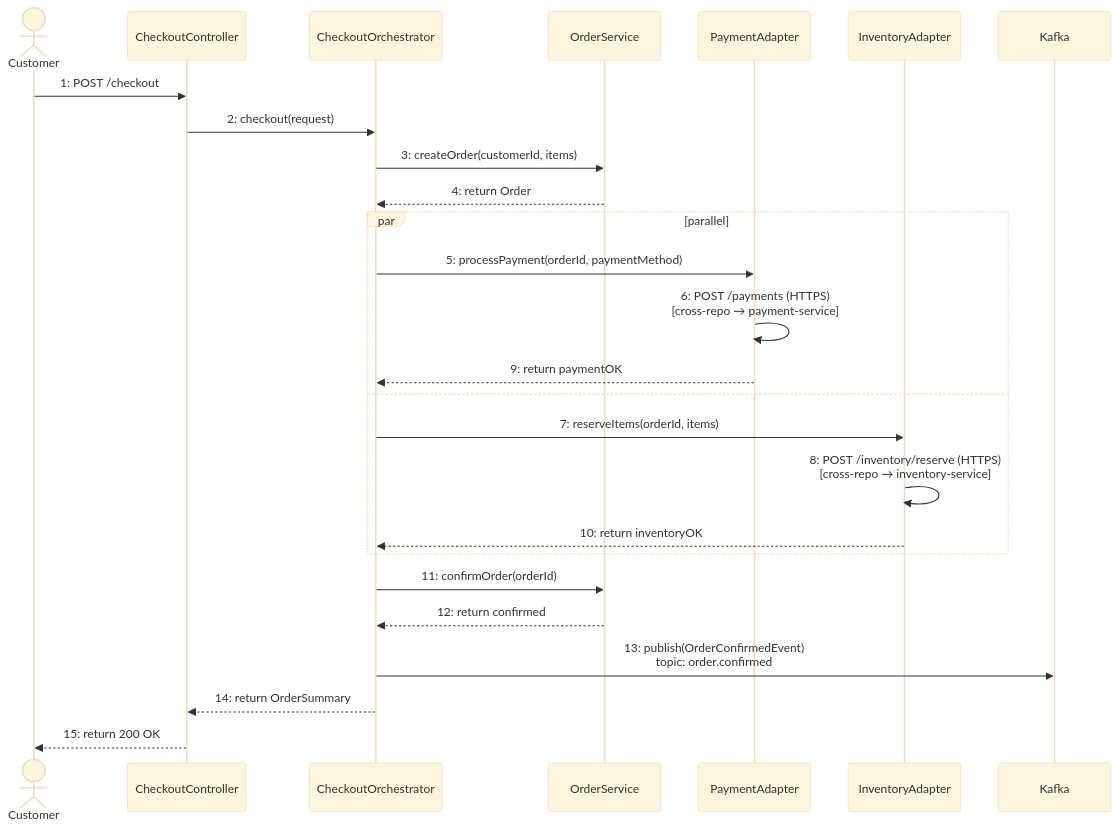
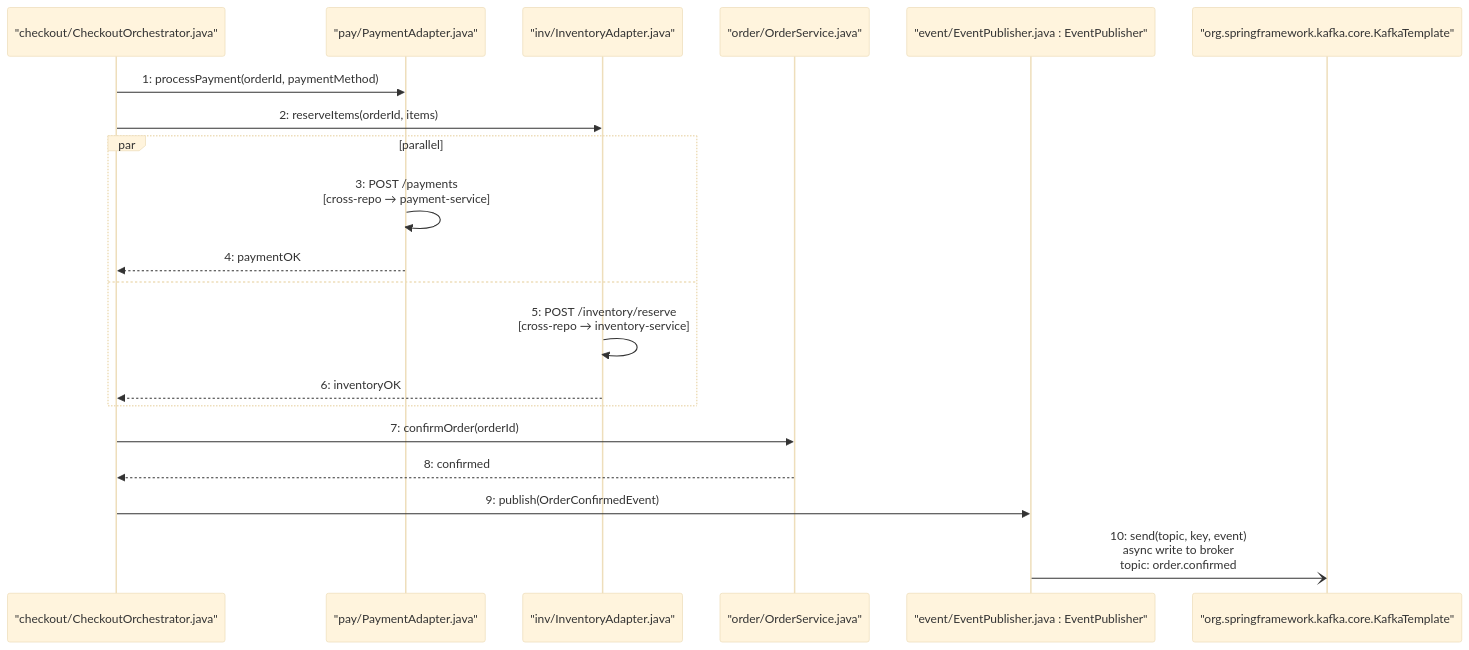
The fourth of 4 diagrams in skills/investigate-code/examples/progressive-zoom-in.md (sjmyuan/prompts), drawn with Mermaid (base theme) before and after one commit. The commit also changed other lines of this file and 8 other files, not shown here.

Commit message:
refine the sequence diagram

````diff
--- a/skills/investigate-code/examples/progressive-zoom-in.md
+++ b/skills/investigate-code/examples/progressive-zoom-in.md
@@ -89,32 +107,26 @@
 ```mermaid
 sequenceDiagram
-    %% Checkout Flow — Sequence Diagram
-    actor Customer
-    participant Ctrl as CheckoutController
-    participant Orch as CheckoutOrchestrator
-    participant OrderSvc as OrderService
-    participant PayAdptr as PaymentAdapter
-    participant InvAdptr as InventoryAdapter
-    participant Kafka
+    %% Level: code — cross-file / class
+    participant Orch as "checkout/CheckoutOrchestrator.java"
+    participant PayAdptr as "pay/PaymentAdapter.java"
+    participant InvAdptr as "inv/InventoryAdapter.java"
+    participant OrderSvc as "order/OrderService.java"
+    participant Pub as "event/EventPublisher.java : EventPublisher"
+    participant Kafka as "org.springframework.kafka.core.KafkaTemplate"
 
-    Customer->>Ctrl: 1: POST /checkout
-    Ctrl->>Orch: 2: checkout(request)
-    Orch->>OrderSvc: 3: createOrder(customerId, items)
-    OrderSvc-->>Orch: 4: return Order
+    Orch->>PayAdptr: 1: processPayment(orderId, paymentMethod)
+    Orch->>InvAdptr: 2: reserveItems(orderId, items)
 
     par parallel
-        Orch->>PayAdptr: 5: processPayment(orderId, paymentMethod)
-        PayAdptr->>PayAdptr: 6: POST /payments (HTTPS)<br/>[cross-repo → payment-service]
-        PayAdptr-->>Orch: 9: return paymentOK
+        PayAdptr->>PayAdptr: 3: POST /payments<br/>[cross-repo → payment-service]
+        PayAdptr-->>Orch: 4: paymentOK
     and
-        Orch->>InvAdptr: 7: reserveItems(orderId, items)
-        InvAdptr->>InvAdptr: 8: POST /inventory/reserve (HTTPS)<br/>[cross-repo → inventory-service]
-        InvAdptr-->>Orch: 10: return inventoryOK
+        InvAdptr->>InvAdptr: 5: POST /inventory/reserve<br/>[cross-repo → inventory-service]
+        InvAdptr-->>Orch: 6: inventoryOK
     end
 
-    Orch->>OrderSvc: 11: confirmOrder(orderId)
-    OrderSvc-->>Orch: 12: return confirmed
-    Orch->>Kafka: 13: publish(OrderConfirmedEvent)<br/>topic: order.confirmed
-    Orch-->>Ctrl: 14: return OrderSummary
-    Ctrl-->>Customer: 15: return 200 OK
+    Orch->>OrderSvc: 7: confirmOrder(orderId)
+    OrderSvc-->>Orch: 8: confirmed
+    Orch->>Pub: 9: publish(OrderConfirmedEvent)
+    Pub-)Kafka: 10: send(topic, key, event)<br/>async write to broker<br/>topic: order.confirmed
 ```
````
